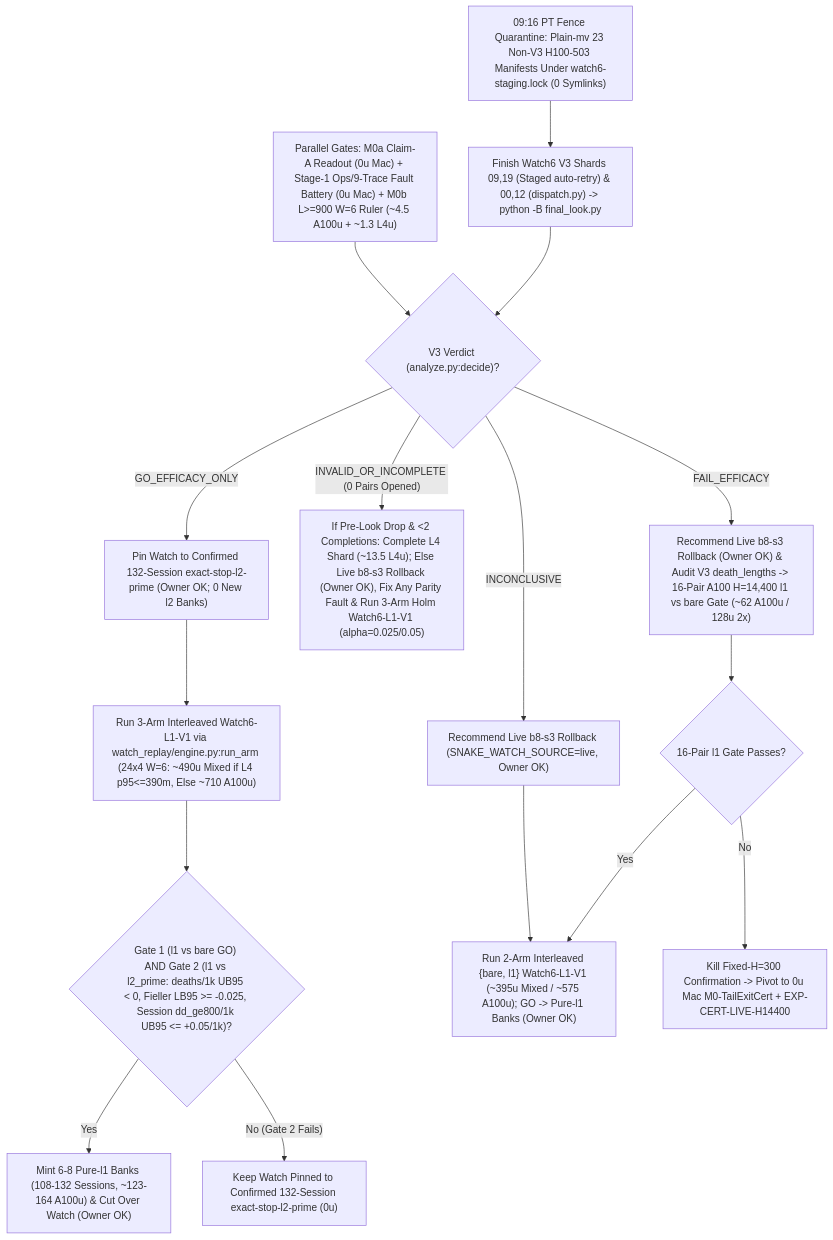
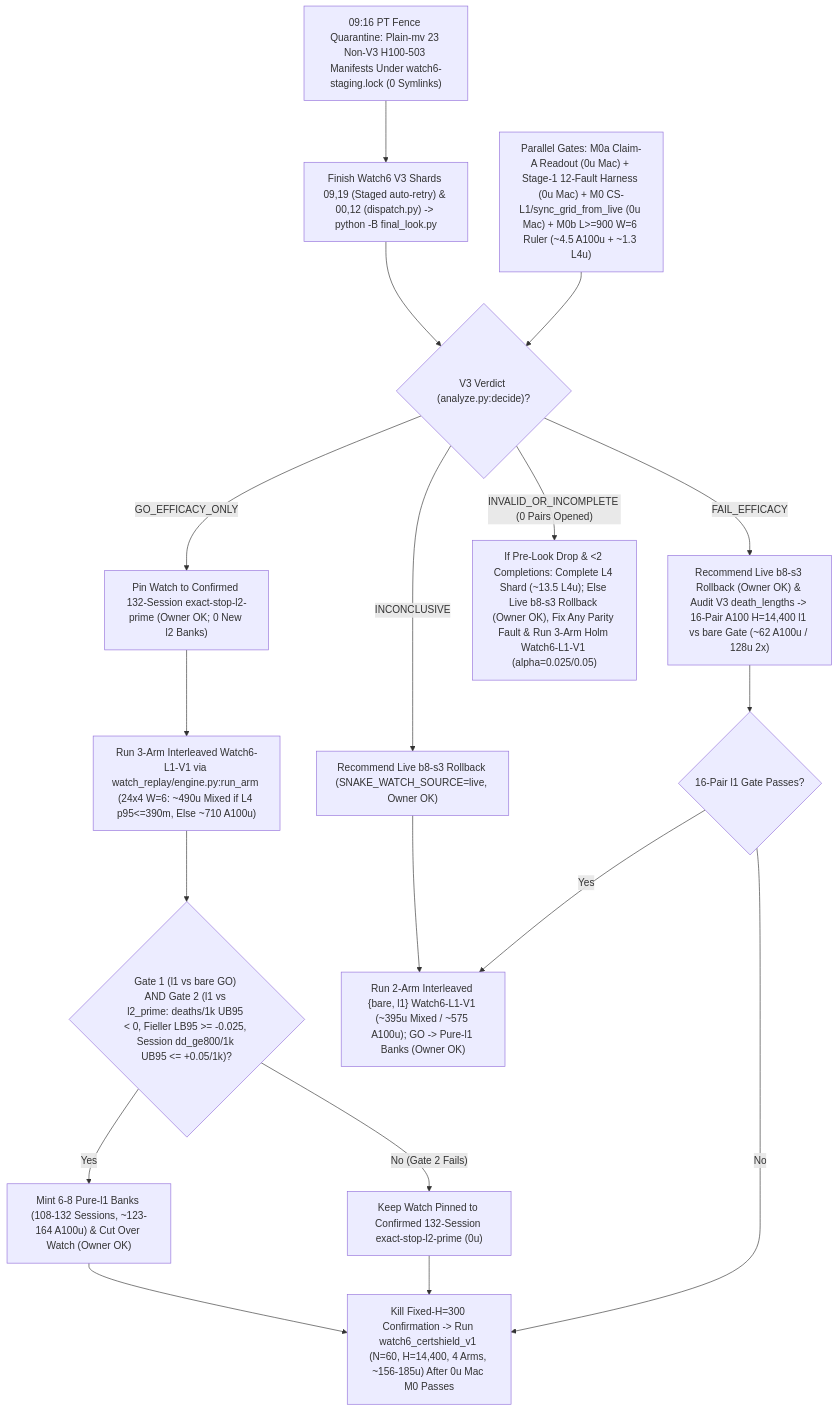
The diagram in docs/research/ROADMAP.md (josenunezwork/snake-dqn), drawn with Mermaid before and after one commit. The commit also changed other lines of this file, not shown here.

Commit message:
docs(roadmap): fold in round-12 synthesis as current and later-round advice

````diff
--- a/docs/research/ROADMAP.md
+++ b/docs/research/ROADMAP.md
@@ -93,18 +96,20 @@
 ```mermaid
 flowchart TD
     Q["09:16 PT Fence Quarantine: Plain-mv 23 Non-V3 H100-503 Manifests Under watch6-staging.lock (0 Symlinks)"] --> V3["Finish Watch6 V3 Shards 09,19 (Staged auto-retry) & 00,12 (dispatch.py) -> python -B final_look.py"]
-    M0["Parallel Gates: M0a Claim-A Readout (0u Mac) + Stage-1 Ops/9-Trace Fault Battery (0u Mac) + M0b L>=900 W=6 Ruler (~4.5 A100u + ~1.3 L4u)"] --> VERDICT{"V3 Verdict (analyze.py:decide)?"}
+    M0["Parallel Gates: M0a Claim-A Readout (0u Mac) + Stage-1 12-Fault Harness (0u Mac) + M0 CS-L1/sync_grid_from_live (0u Mac) + M0b L>=900 W=6 Ruler (~4.5 A100u + ~1.3 L4u)"] --> VERDICT{"V3 Verdict (analyze.py:decide)?"}
     V3 --> VERDICT
     VERDICT -- "GO_EFFICACY_ONLY" --> PIN_L2["Pin Watch to Confirmed 132-Session exact-stop-l2-prime (Owner OK; 0 New l2 Banks)"]
     PIN_L2 --> L1_3ARM["Run 3-Arm Interleaved Watch6-L1-V1 via watch_replay/engine.py:run_arm (24x4 W=6: ~490u Mixed if L4 p95<=390m, Else ~710 A100u)"]
     L1_3ARM --> GATE2{"Gate 1 (l1 vs bare GO) AND Gate 2 (l1 vs l2_prime: deaths/1k UB95 < 0, Fieller LB95 >= -0.025, Session dd_ge800/1k UB95 <= +0.05/1k)?"}
     GATE2 -- "Yes" --> CUT_L1["Mint 6-8 Pure-l1 Banks (108-132 Sessions, ~123-164 A100u) & Cut Over Watch (Owner OK)"]
     GATE2 -- "No (Gate 2 Fails)" --> KEEP_L2["Keep Watch Pinned to Confirmed 132-Session exact-stop-l2-prime (0u)"]
     VERDICT -- "INCONCLUSIVE" --> INC_RB["Recommend Live b8-s3 Rollback (SNAKE_WATCH_SOURCE=live, Owner OK)"]
     INC_RB --> L1_2ARM["Run 2-Arm Interleaved {bare, l1} Watch6-L1-V1 (~395u Mixed / ~575 A100u); GO -> Pure-l1 Banks (Owner OK)"]
     VERDICT -- "INVALID_OR_INCOMPLETE (0 Pairs Opened)" --> INV_RB["If Pre-Look Drop & <2 Completions: Complete L4 Shard (~13.5 L4u); Else Live b8-s3 Rollback (Owner OK), Fix Any Parity Fault & Run 3-Arm Holm Watch6-L1-V1 (alpha=0.025/0.05)"]
     VERDICT -- "FAIL_EFFICACY" --> FAIL_RB["Recommend Live b8-s3 Rollback (Owner OK) & Audit V3 death_lengths -> 16-Pair A100 H=14,400 l1 vs bare Gate (~62 A100u / 128u 2x)"]
     FAIL_RB --> FAIL_GATE{"16-Pair l1 Gate Passes?"}
     FAIL_GATE -- "Yes" --> L1_2ARM
-    FAIL_GATE -- "No" --> TAILCERT["Kill Fixed-H=300 Confirmation -> Pivot to 0u Mac M0-TailExitCert + EXP-CERT-LIVE-H14400"]
+    FAIL_GATE -- "No" --> CSL1["Kill Fixed-H=300 Confirmation -> Run watch6_certshield_v1 (N=60, H=14,400, 4 Arms, ~156-185u) After 0u Mac M0 Passes"]
+    CUT_L1 --> CSL1
+    KEEP_L2 --> CSL1
 ```
````
